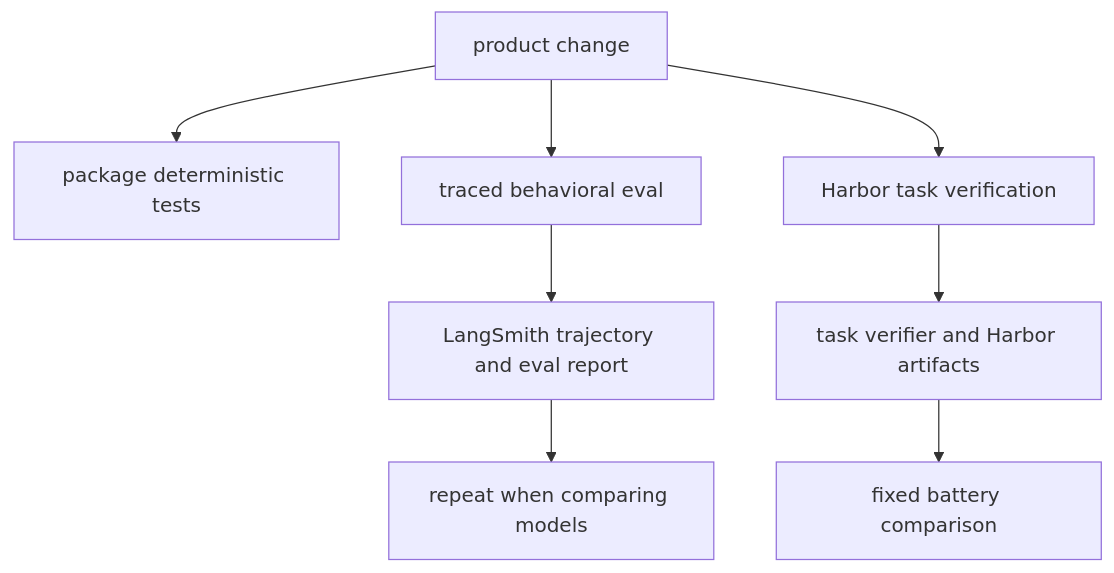
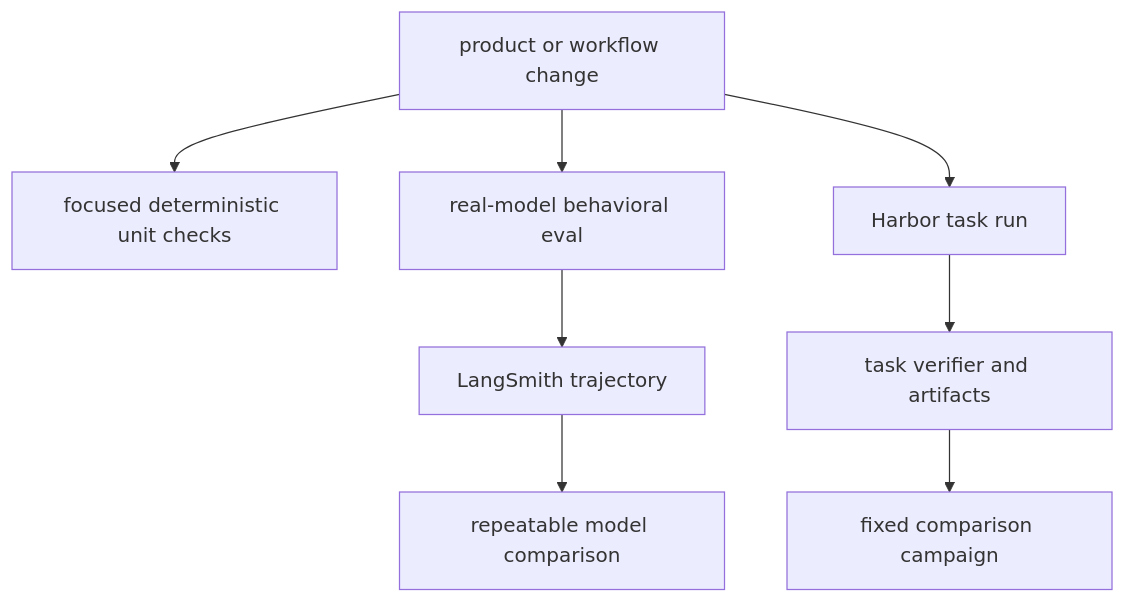
One commit to langchain-ai/deepagents changed the first of 3 diagrams in openwiki/workflows/run-evals.md. Above: the diagram before and after it, drawn with Mermaid. The commit also changed other lines of this file and 43 other files, not shown here.

````diff
--- a/openwiki/workflows/run-evals.md
+++ b/openwiki/workflows/run-evals.md
@@ -52,10 +60,10 @@
 ```mermaid
 flowchart TD
-    Change["product change"] --> Unit["package deterministic tests"]
-    Change --> Behavior["traced behavioral eval"]
-    Change --> Harbor["Harbor task verification"]
-    Behavior --> Trace["LangSmith trajectory and eval report"]
-    Harbor --> Task["task verifier and Harbor artifacts"]
-    Trace --> Trials["repeat when comparing models"]
-    Task --> Unified["fixed battery comparison"]
+    Change["product or workflow change"] --> Unit["focused deterministic unit checks"]
+    Change --> Behavior["real-model behavioral eval"]
+    Change --> Harbor["Harbor task run"]
+    Behavior --> Trace["LangSmith trajectory"]
+    Harbor --> Verify["task verifier and artifacts"]
+    Trace --> Trials["repeatable model comparison"]
+    Verify --> Unified["fixed comparison campaign"]
 ```
````
